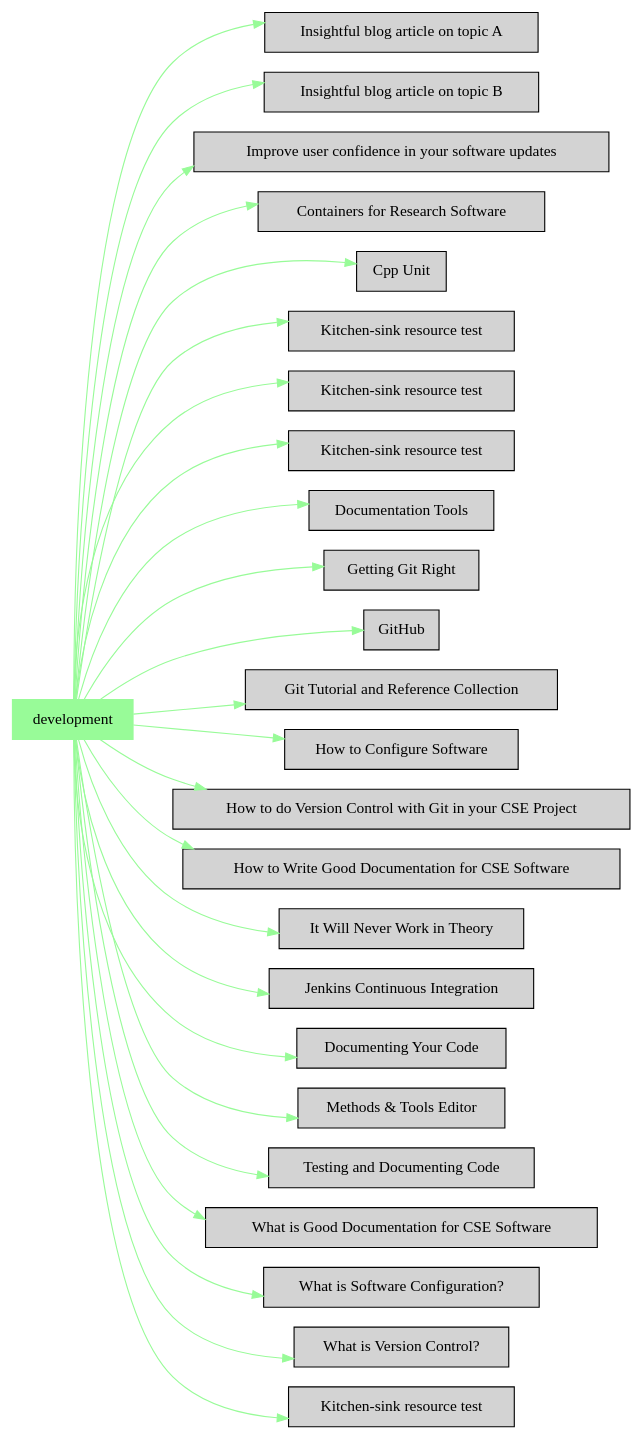
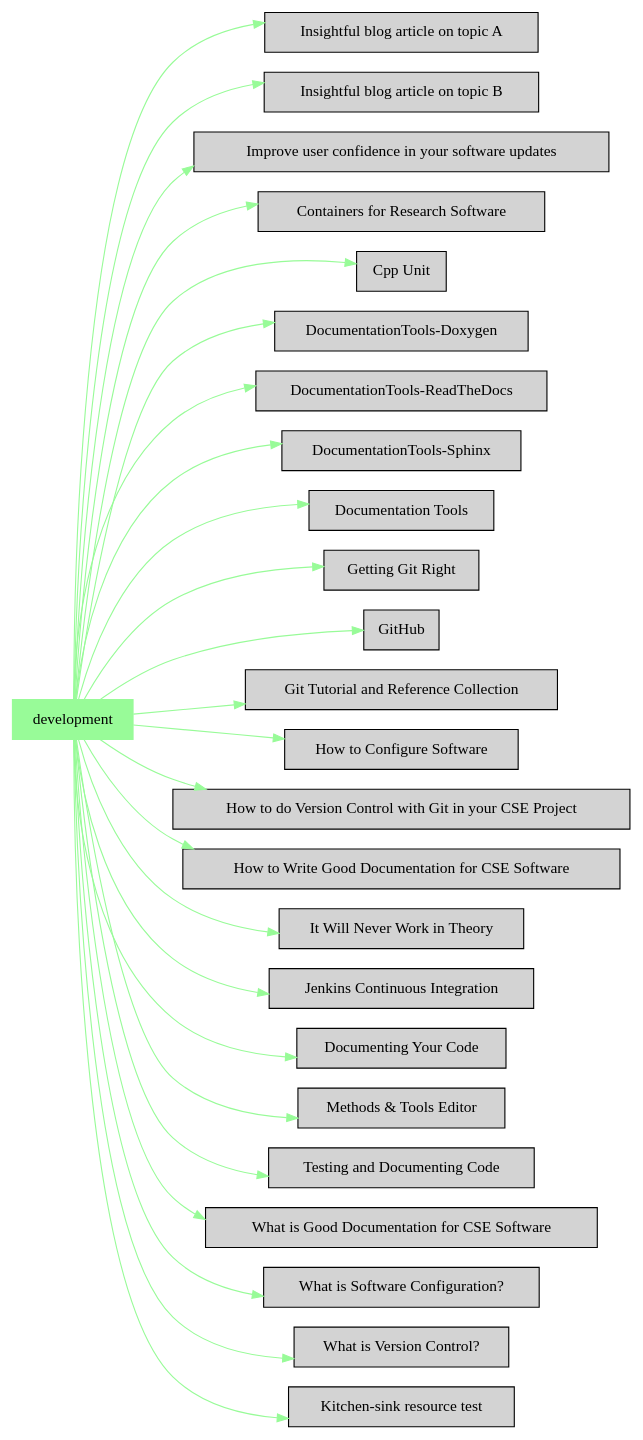
One commit to duongdo27/Dealii changed the diagram in markdown/category_development.dot. Above: the diagram before and after it, drawn with Graphviz. The commit also changed 15 other files, not shown here.

```diff
--- a/markdown/category_development.dot
+++ b/markdown/category_development.dot
@@ -1,55 +1,55 @@
 digraph bettersoftware {
             rankdir = LR;
             ratio = fill;
             node [style=filled];
             node [shape = box];
 "development" [colorscheme="svg" color="palegreen"];
 "development" ->  "BlogArticleSkeletonA.md" [colorscheme="svg" color="palegreen"];
 "BlogArticleSkeletonA.md" [label="Insightful blog article on topic A" URL="http://bss.parallactic.com/resources/insightful-blog-article-on-topic-a"]
 "development" ->  "BlogArticleSkeletonB.md" [colorscheme="svg" color="palegreen"];
 "BlogArticleSkeletonB.md" [label="Insightful blog article on topic B" URL="http://bss.parallactic.com/resources/insightful-blog-article-on-topic-b"]
 "development" ->  "ImproveUserConfidenceInSwUpdates.md" [colorscheme="svg" color="palegreen"];
 "ImproveUserConfidenceInSwUpdates.md" [label="Improve user confidence in your software updates" URL="http://bss.parallactic.com/resources/improve-user-confidence-in-your-software-updates"]
 "development" ->  "ContainersForResearchSw.md" [colorscheme="svg" color="palegreen"];
 "ContainersForResearchSw.md" [label="Containers for Research Software" URL="http://bss.parallactic.com/resources/containers-for-research-software"]
 "development" ->  "CppUnit.md" [colorscheme="svg" color="palegreen"];
 "CppUnit.md" [label="Cpp Unit" URL="http://bss.parallactic.com/resources/cpp-unit"]
 "development" ->  "DocumentationTools.Doxygen.md" [colorscheme="svg" color="palegreen"];
-"DocumentationTools.Doxygen.md" [label="Kitchen-sink resource test" URL="http://bss.parallactic.com/resources/kitchen-sink-resource-test"]
+"DocumentationTools.Doxygen.md" [label="DocumentationTools-Doxygen" URL="http://bss.parallactic.com/resources/kitchen-sink-resource-test"]
 "development" ->  "DocumentationTools.ReadTheDocs.md" [colorscheme="svg" color="palegreen"];
-"DocumentationTools.ReadTheDocs.md" [label="Kitchen-sink resource test" URL="http://bss.parallactic.com/resources/kitchen-sink-resource-test"]
+"DocumentationTools.ReadTheDocs.md" [label="DocumentationTools-ReadTheDocs" URL="http://bss.parallactic.com/resources/kitchen-sink-resource-test"]
 "development" ->  "DocumentationTools.Sphinx.md" [colorscheme="svg" color="palegreen"];
-"DocumentationTools.Sphinx.md" [label="Kitchen-sink resource test" URL="http://bss.parallactic.com/resources/kitchen-sink-resource-test"]
+"DocumentationTools.Sphinx.md" [label="DocumentationTools-Sphinx" URL="http://bss.parallactic.com/resources/kitchen-sink-resource-test"]
 "development" ->  "DocumentationTools.md" [colorscheme="svg" color="palegreen"];
 "DocumentationTools.md" [label="Documentation Tools" URL="http://bss.parallactic.com/resources/documentation-tools"]
 "development" ->  "GettingGitRight.md" [colorscheme="svg" color="palegreen"];
 "GettingGitRight.md" [label="Getting Git Right" URL="http://bss.parallactic.com/resources/getting-git-right"]
 "development" ->  "GitHub.md" [colorscheme="svg" color="palegreen"];
 "GitHub.md" [label="GitHub" URL="http://bss.parallactic.com/resources/git-hub"]
 "development" ->  "GitTutorialAndReferenceCollection.md" [colorscheme="svg" color="palegreen"];
 "GitTutorialAndReferenceCollection.md" [label="Git Tutorial and Reference Collection" URL="http://bss.parallactic.com/resources/git-tutorial-and-reference-collection"]
 "development" ->  "HowToConfigureSw.md" [colorscheme="svg" color="palegreen"];
 "HowToConfigureSw.md" [label="How to Configure Software" URL="http://bss.parallactic.com/resources/how-to-configure-software"]
 "development" ->  "HowToDoVersionControlWithGitInYourCseProject.md" [colorscheme="svg" color="palegreen"];
 "HowToDoVersionControlWithGitInYourCseProject.md" [label="How to do Version Control with Git in your CSE Project" URL="http://bss.parallactic.com/resources/how-to-do-version-control-with-git-in-your-cse-project"]
 "development" ->  "HowToWriteGoodDocumentation.md" [colorscheme="svg" color="palegreen"];
 "HowToWriteGoodDocumentation.md" [label="How to Write Good Documentation for CSE Software" URL="http://bss.parallactic.com/resources/how-to-write-good-documentation-for-cse-software"]
 "development" ->  "ItWillNeverWorkInTheory.md" [colorscheme="svg" color="palegreen"];
 "ItWillNeverWorkInTheory.md" [label="It Will Never Work in Theory" URL="http://bss.parallactic.com/resources/it-will-never-work-in-theory"]
 "development" ->  "JenkinsCI.md" [colorscheme="svg" color="palegreen"];
 "JenkinsCI.md" [label="Jenkins Continuous Integration" URL="http://bss.parallactic.com/resources/jenkins-continuous-integration"]
 "development" ->  "KlinvexATPESC2016.md" [colorscheme="svg" color="palegreen"];
 "KlinvexATPESC2016.md" [label="Documenting Your Code" URL="http://bss.parallactic.com/resources/documenting-your-code"]
 "development" ->  "MethodsAndToolsEditor.md" [colorscheme="svg" color="palegreen"];
 "MethodsAndToolsEditor.md" [label="Methods & Tools Editor" URL="http://bss.parallactic.com/resources/methods-tools-editor"]
 "development" ->  "TestingAndDocumentingCode.md" [colorscheme="svg" color="palegreen"];
 "TestingAndDocumentingCode.md" [label="Testing and Documenting Code" URL="http://bss.parallactic.com/resources/testing-and-documenting-code"]
 "development" ->  "WhatIsGoodDocumentation.md" [colorscheme="svg" color="palegreen"];
 "WhatIsGoodDocumentation.md" [label="What is Good Documentation for CSE Software" URL="http://bss.parallactic.com/resources/what-is-good-documentation-for-cse-software"]
 "development" ->  "WhatIsSwConfiguration.md" [colorscheme="svg" color="palegreen"];
 "WhatIsSwConfiguration.md" [label="What is Software Configuration?" URL="http://bss.parallactic.com/resources/what-is-software-configuration?"]
 "development" ->  "WhatIsVersionControl.md" [colorscheme="svg" color="palegreen"];
 "WhatIsVersionControl.md" [label="What is Version Control?" URL="http://bss.parallactic.com/resources/what-is-version-control?"]
 "development" ->  "kitchen-sink-TEST.md" [colorscheme="svg" color="palegreen"];
 "kitchen-sink-TEST.md" [label="Kitchen-sink resource test" URL="http://bss.parallactic.com/resources/kitchen-sink-resource-test"]
 }
```
